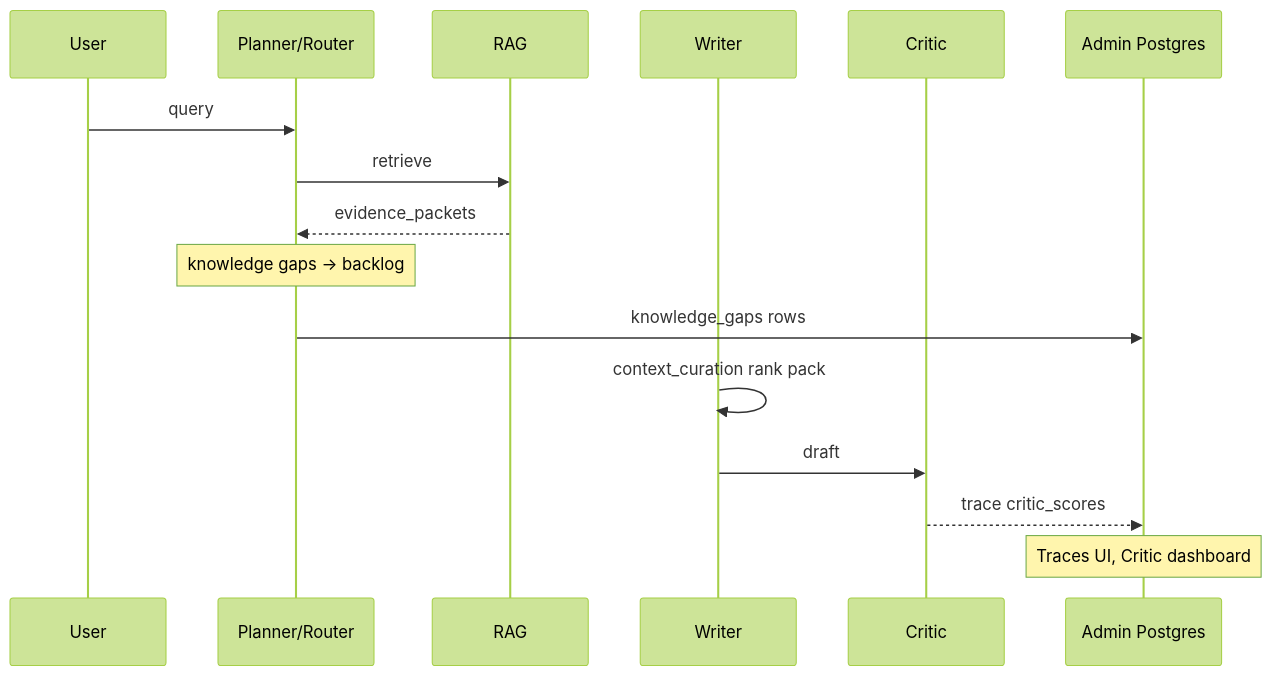
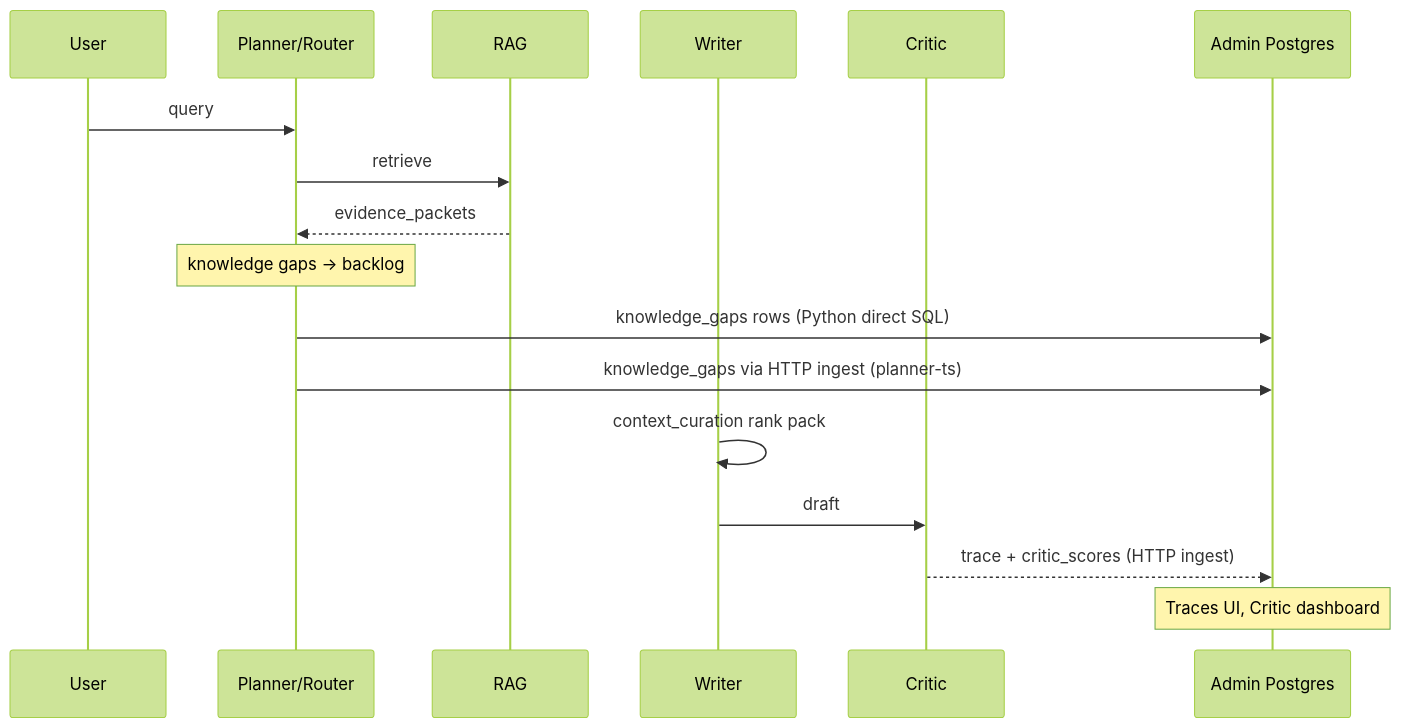
One commit to supernovae/synesis changed the second of 2 diagrams in docs/ADMIN_QUALITY_UI.md. Above: the diagram before and after it, drawn with Mermaid (forest theme). The commit also changed other lines of this file and 6 other files, not shown here.

First line of the commit message:
feat(planner-ts): admin quality feedback loops — hallucination, knowledge gaps, context curation

````diff
--- a/docs/ADMIN_QUALITY_UI.md
+++ b/docs/ADMIN_QUALITY_UI.md
@@ -89,19 +89,20 @@
 ```mermaid
 sequenceDiagram
   participant U as User
   participant P as Planner/Router
   participant R as RAG
   participant W as Writer
   participant C as Critic
   participant DB as Admin Postgres
 
   U->>P: query
   P->>R: retrieve
   R-->>P: evidence_packets
   Note over P: knowledge gaps → backlog
-  P->>DB: knowledge_gaps rows
+  P->>DB: knowledge_gaps rows (Python direct SQL)
+  P->>DB: knowledge_gaps via HTTP ingest (planner-ts)
   W->>W: context_curation rank pack
   W->>C: draft
-  C-->>DB: trace critic_scores
+  C-->>DB: trace + critic_scores (HTTP ingest)
   Note over DB: Traces UI, Critic dashboard
 ```
````
